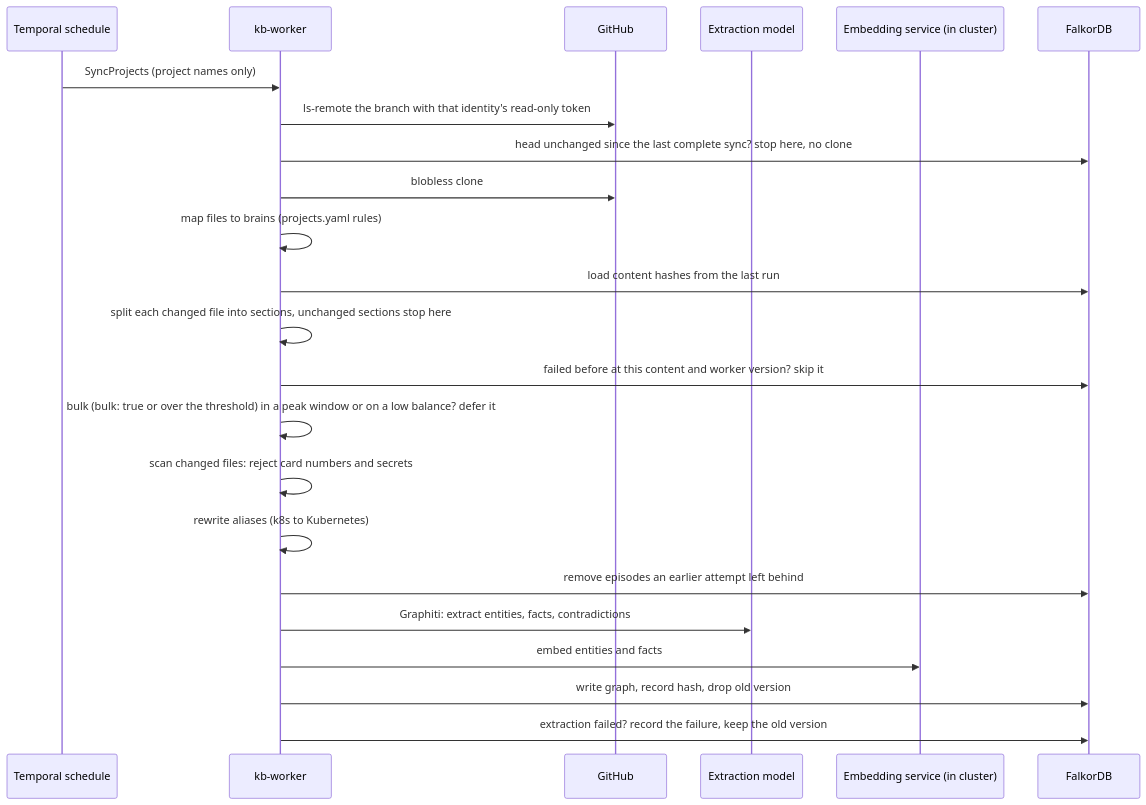
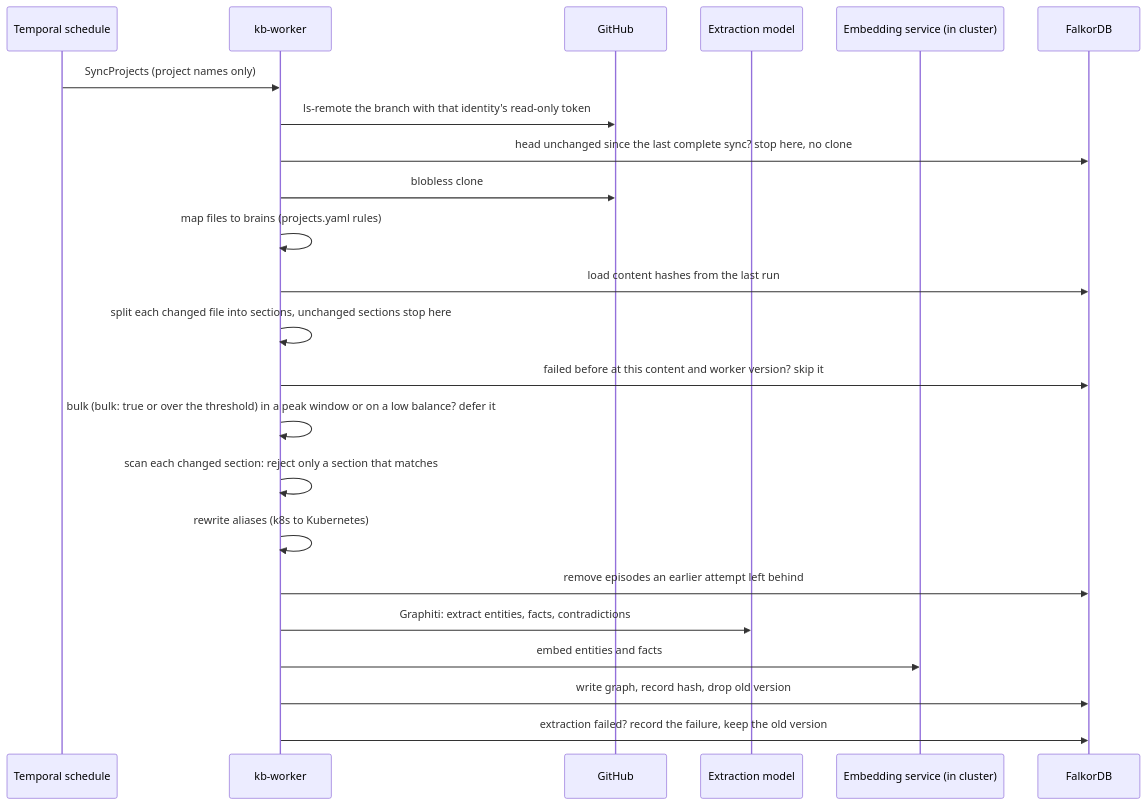
One commit to kislow/kio changed the second of 5 diagrams in docs/architecture.md. Above: the diagram before and after it, drawn with Mermaid. The commit also changed other lines of this file and 29 other files, not shown here.

````diff
--- a/docs/architecture.md
+++ b/docs/architecture.md
@@ -75,26 +75,26 @@
 ```mermaid
 sequenceDiagram
     participant S as Temporal schedule
     participant W as kb-worker
     participant G as GitHub
     participant L as Extraction model
     participant E as Embedding service (in cluster)
     participant F as FalkorDB
 
     S->>W: SyncProjects (project names only)
     W->>G: ls-remote the branch with that identity's read-only token
     W->>F: head unchanged since the last complete sync? stop here, no clone
     W->>G: blobless clone
     W->>W: map files to brains (projects.yaml rules)
     W->>F: load content hashes from the last run
     W->>W: split each changed file into sections, unchanged sections stop here
     W->>F: failed before at this content and worker version? skip it
     W->>W: bulk (bulk: true or over the threshold) in a peak window or on a low balance? defer it
-    W->>W: scan changed files: reject card numbers and secrets
+    W->>W: scan each changed section: reject only a section that matches
     W->>W: rewrite aliases (k8s to Kubernetes)
     W->>F: remove episodes an earlier attempt left behind
     W->>L: Graphiti: extract entities, facts, contradictions
     W->>E: embed entities and facts
     W->>F: write graph, record hash, drop old version
     W->>F: extraction failed? record the failure, keep the old version
 ```
````
